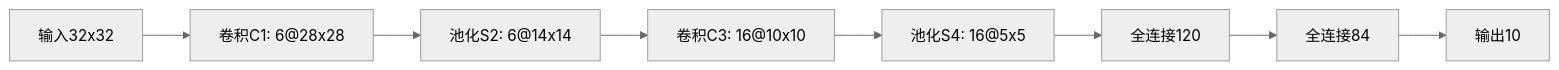
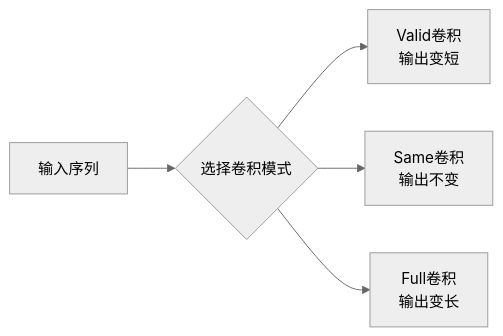
Before and after one commit to Kgumo/Note: the second of 10 diagrams in docs/AI/2.深度学习/4.卷积神经网络/index.md, drawn with Mermaid (neutral theme). The commit also changed other lines of this file and 60 other files, not shown here.

````diff
--- a/docs/AI/2.深度学习/4.卷积神经网络/index.md
+++ b/docs/AI/2.深度学习/4.卷积神经网络/index.md
@@ -133,10 +89,7 @@
 ```mermaid
-graph LR
-A[输入32x32] --> B[卷积C1: 6@28x28]
-B --> C[池化S2: 6@14x14]
-C --> D[卷积C3: 16@10x10]
-D --> E[池化S4: 16@5x5]
-E --> F[全连接120]
-F --> G[全连接84]
-G --> H[输出10]
+flowchart LR
+A[输入序列] --> B{选择卷积模式}
+B --> C[Valid卷积<br>输出变短]
+B --> D[Same卷积<br>输出不变]
+B --> E[Full卷积<br>输出变长]
 ```
````
